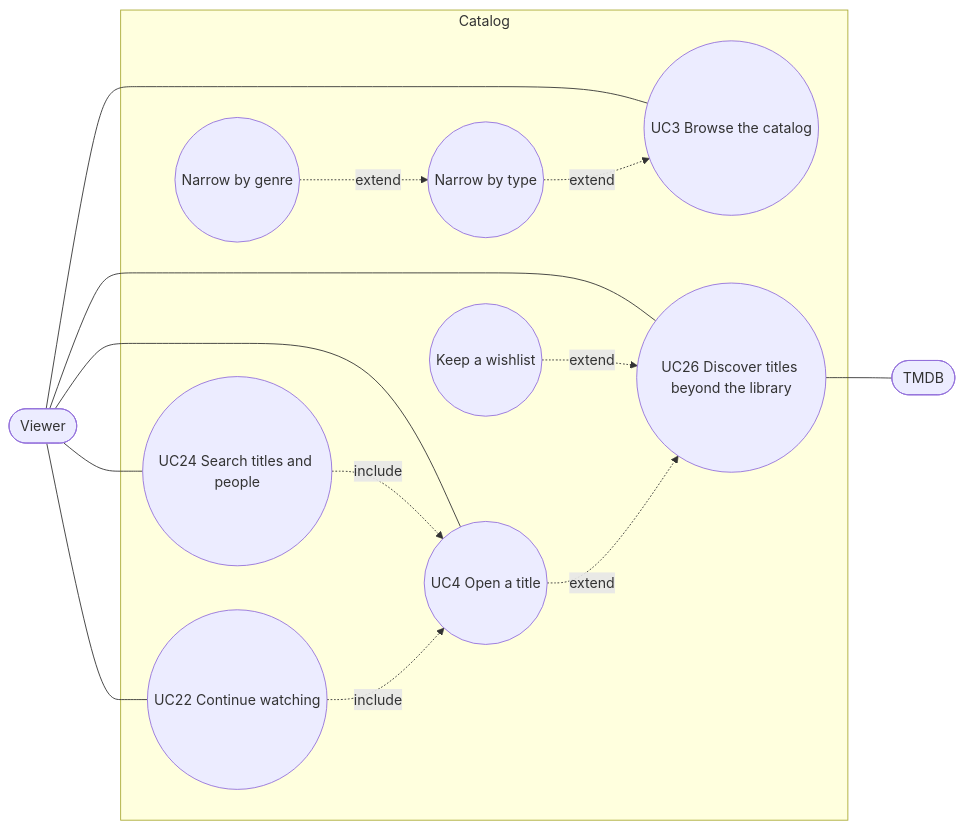
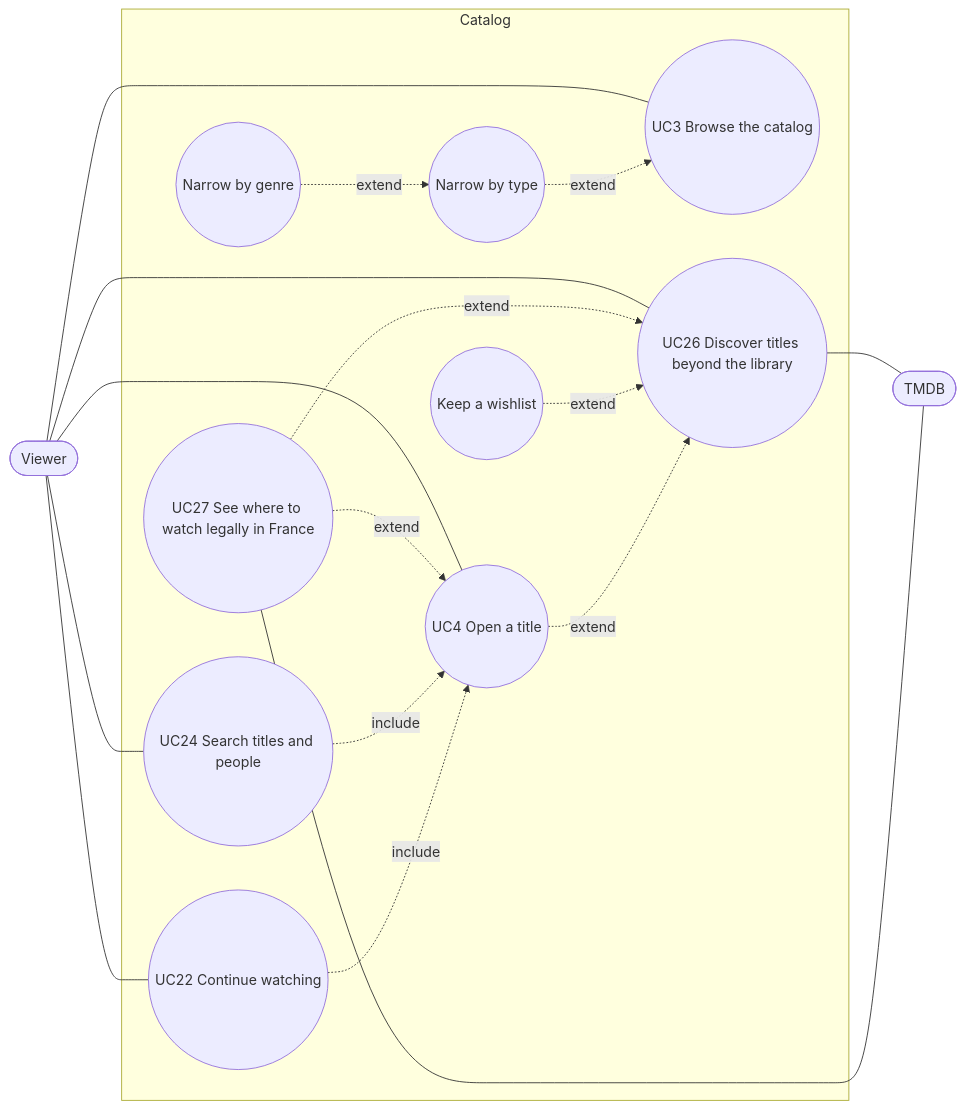
The diagram in docs/architecture/diagrams/catalog/01-use-case.md (benoit-bremaud/popcorntv), drawn with Mermaid before and after one commit. The commit also changed other lines of this file and 29 other files, not shown here.

First line of the commit message:
feat(discover): show where to watch a title legally in France (#281)

````diff
--- a/docs/architecture/diagrams/catalog/01-use-case.md
+++ b/docs/architecture/diagrams/catalog/01-use-case.md
@@ -8,27 +8,31 @@
 ```mermaid
 flowchart LR
   viewer([Viewer])
   subgraph Catalog
     uc3((UC3 Browse the catalog))
     uc3a((Narrow by type))
     uc3b((Narrow by genre))
     uc4((UC4 Open a title))
     uc22((UC22 Continue watching))
     uc24((UC24 Search titles and people))
     uc26((UC26 Discover titles beyond the library))
     uc26a((Keep a wishlist))
+    uc27((UC27 See where to watch legally in France))
   end
   tmdb([TMDB])
   viewer --- uc3
   viewer --- uc4
   viewer --- uc22
   viewer --- uc24
   viewer --- uc26
   uc26 --- tmdb
+  uc27 --- tmdb
+  uc27 -. extend .-> uc26
+  uc27 -. extend .-> uc4
   uc26a -. extend .-> uc26
   uc4 -. extend .-> uc26
   uc24 -. include .-> uc4
   uc22 -. include .-> uc4
   uc3a -. extend .-> uc3
   uc3b -. extend .-> uc3a
 ```
````
